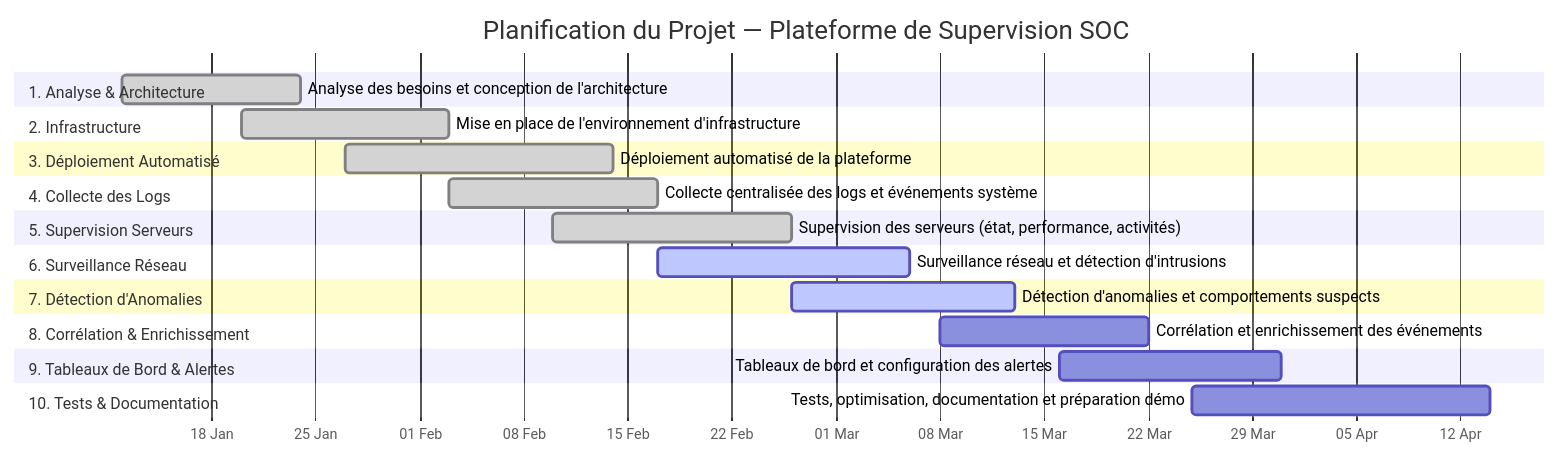
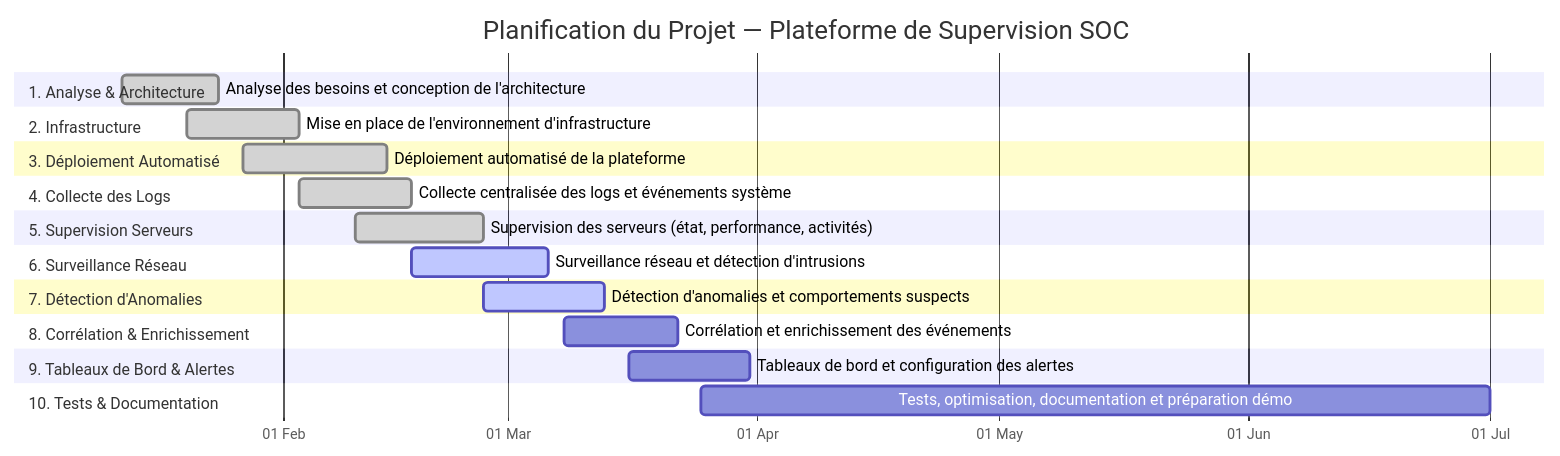
The diagram in GANTT.md (Ghazimabrouki/PFE-17-02-2026), drawn with Mermaid before and after one commit.

Commit message:
docs: extend Gantt timeline through end of June
Agent-Logs-Url: https://github.com/Ghazimabrouki/PFE-17-02-2026/sessions/7c4809ac-9736-4d5f-b8c6-79787cb5cd7c

````diff
--- a/GANTT.md
+++ b/GANTT.md
@@ -3,36 +3,36 @@
 ```mermaid
 gantt
     title Planification du Projet — Plateforme de Supervision SOC
     dateFormat  YYYY-MM-DD
     axisFormat  %d %b
 
     section 1. Analyse & Architecture
     Analyse des besoins et conception de l'architecture          :done,    t1, 2026-01-12, 12d
 
     section 2. Infrastructure
     Mise en place de l'environnement d'infrastructure            :done,    t2, 2026-01-20, 14d
 
     section 3. Déploiement Automatisé
     Déploiement automatisé de la plateforme                      :done,    t3, 2026-01-27, 18d
 
     section 4. Collecte des Logs
     Collecte centralisée des logs et événements système          :done,    t4, 2026-02-03, 14d
 
     section 5. Supervision Serveurs
     Supervision des serveurs (état, performance, activités)      :done,    t5, 2026-02-10, 16d
 
     section 6. Surveillance Réseau
     Surveillance réseau et détection d'intrusions                :active,  t6, 2026-02-17, 17d
 
     section 7. Détection d'Anomalies
     Détection d'anomalies et comportements suspects              :active,  t7, 2026-02-26, 15d
 
     section 8. Corrélation & Enrichissement
     Corrélation et enrichissement des événements                 :         t8, 2026-03-08, 14d
 
     section 9. Tableaux de Bord & Alertes
     Tableaux de bord et configuration des alertes                :         t9, 2026-03-16, 15d
 
     section 10. Tests & Documentation
-    Tests, optimisation, documentation et préparation démo       :         t10, 2026-03-25, 20d
+    Tests, optimisation, documentation et préparation démo       :         t10, 2026-03-25, 98d
 ```
````
